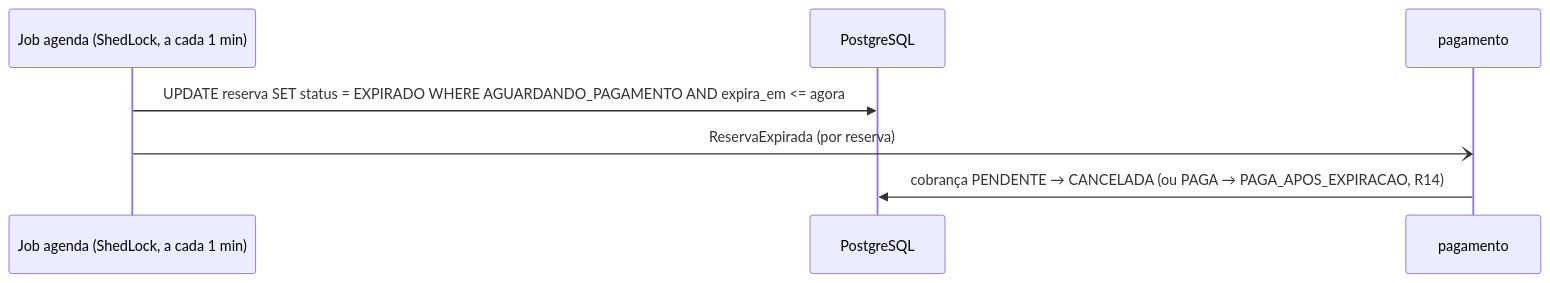
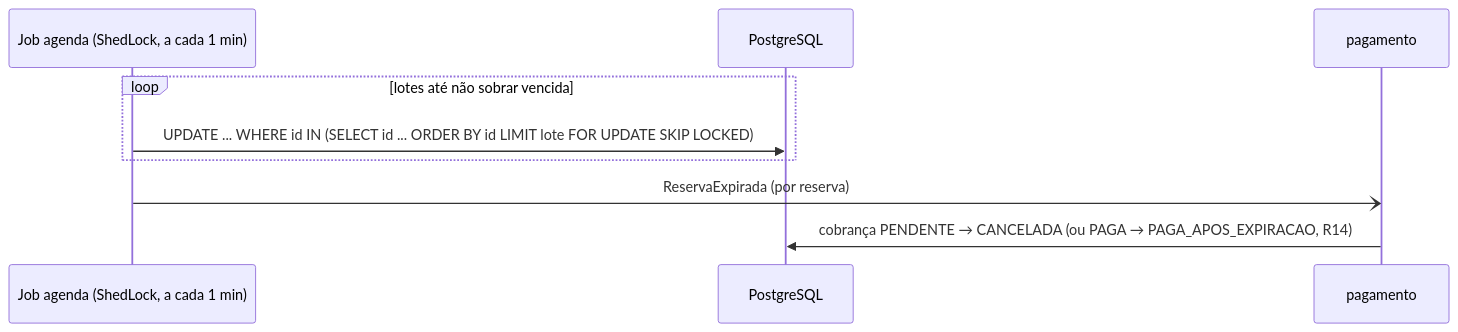
Before and after one commit to k3vinrich4rd/barbearia-altas-horas: the fifth of 5 diagrams in docs/arquitetura/README.md, drawn with Mermaid. The commit also changed other lines of this file and 2 other files, not shown here.

````diff
--- a/docs/arquitetura/README.md
+++ b/docs/arquitetura/README.md
@@ -197,9 +222,11 @@
 ```mermaid
 sequenceDiagram
     participant J as Job agenda (ShedLock, a cada 1 min)
     participant DB as PostgreSQL
     participant PG as pagamento
-    J->>DB: UPDATE reserva SET status = EXPIRADO WHERE AGUARDANDO_PAGAMENTO AND expira_em <= agora
+    loop lotes até não sobrar vencida
+        J->>DB: UPDATE ... WHERE id IN (SELECT id ... ORDER BY id LIMIT lote FOR UPDATE SKIP LOCKED)
+    end
     J-)PG: ReservaExpirada (por reserva)
     PG->>DB: cobrança PENDENTE → CANCELADA (ou PAGA → PAGA_APOS_EXPIRACAO, R14)
 ```
````
